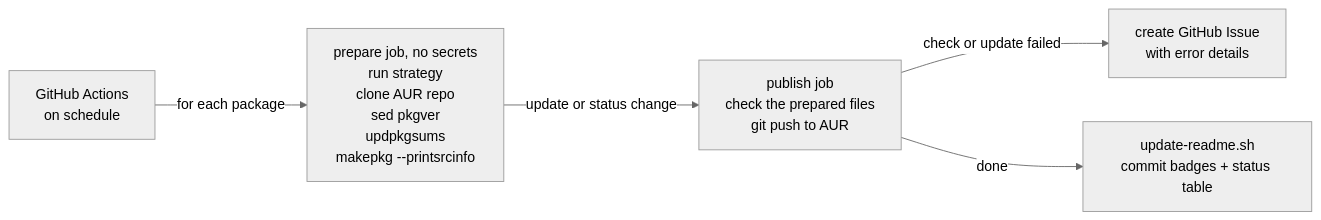
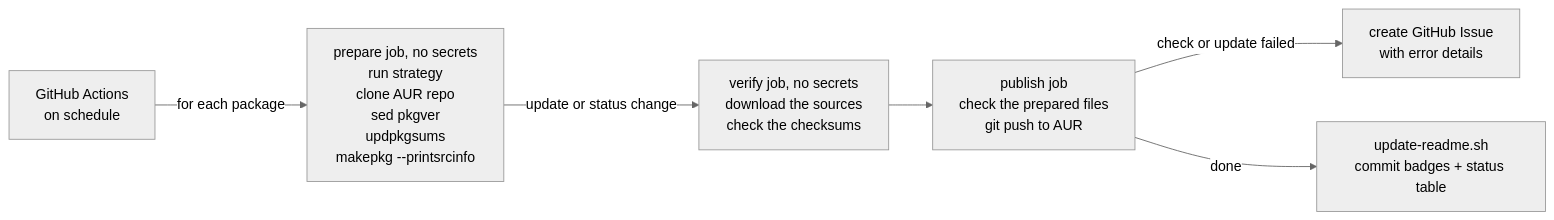
One commit to noctuum/sibyl changed the diagram in README.md. Above: the diagram before and after it, drawn with Mermaid (neutral theme). The commit also changed other lines of this file and 7 other files, not shown here.

First line of the commit message:
fix(workflow): verify checksums against sources (#25)

````diff
--- a/README.md
+++ b/README.md
@@ -24,7 +24,8 @@
 ```mermaid
 graph LR
     A[GitHub Actions<br/>on schedule] -->|for each package| B[prepare job, no secrets<br/>run strategy<br/>clone AUR repo<br/>sed pkgver<br/>updpkgsums<br/>makepkg --printsrcinfo]
-    B -->|update or status change| C[publish job<br/>check the prepared files<br/>git push to AUR]
+    B -->|update or status change| V[verify job, no secrets<br/>download the sources<br/>check the checksums]
+    V --> C[publish job<br/>check the prepared files<br/>git push to AUR]
     C -->|check or update failed| D[create GitHub Issue<br/>with error details]
     C -->|done| E[update-readme.sh<br/>commit badges + status table]
 ```
````
